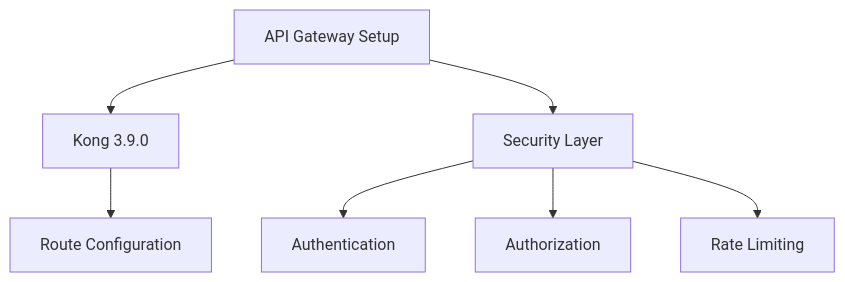
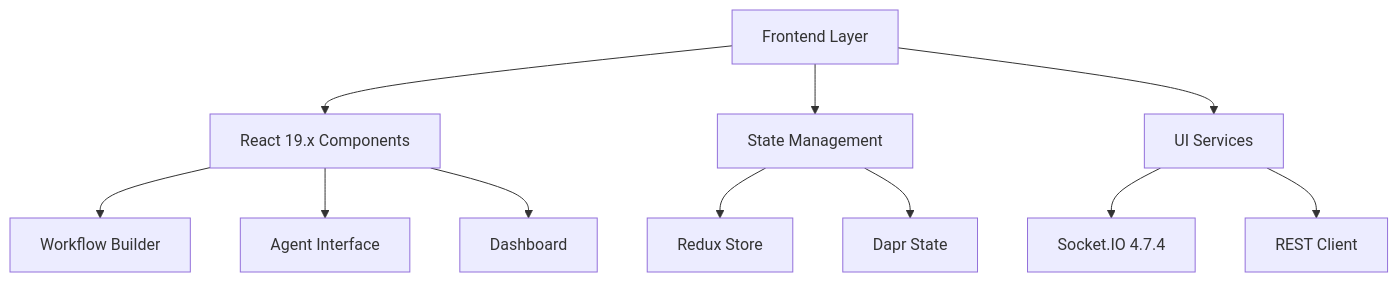
The fifth of 7 diagrams in IMPLEMENTATION.md (jihadajUAEU/bluemeshv2), drawn with Mermaid before and after one commit. The commit also changed other lines of this file and 1 other file, not shown here.

Commit message:
Enhance README.md with detailed Integration Layer architecture, security features, and Keycloak configuration instructions

````diff
--- a/IMPLEMENTATION.md
+++ b/IMPLEMENTATION.md
@@ -213,9 +207,16 @@
 ```mermaid
 graph TD
-    A[API Gateway Setup] --> B[Kong 3.9.0]
-    A --> C[Security Layer]
-    B --> D[Route Configuration]
-    C --> E[Authentication]
-    C --> F[Authorization]
-    C --> G[Rate Limiting]
+    A[Frontend Layer] --> B[React 19.x Components]
+    A --> C[State Management]
+    A --> D[UI Services]
+    
+    B --> E[Workflow Builder]
+    B --> F[Agent Interface]
+    B --> G[Dashboard]
+    
+    C --> H[Redux Store]
+    C --> I[Dapr State]
+    
+    D --> J[Socket.IO 4.7.4]
+    D --> K[REST Client]
 ```
````
